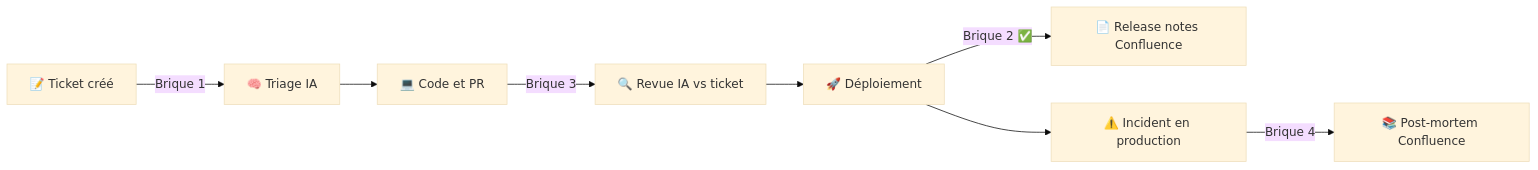
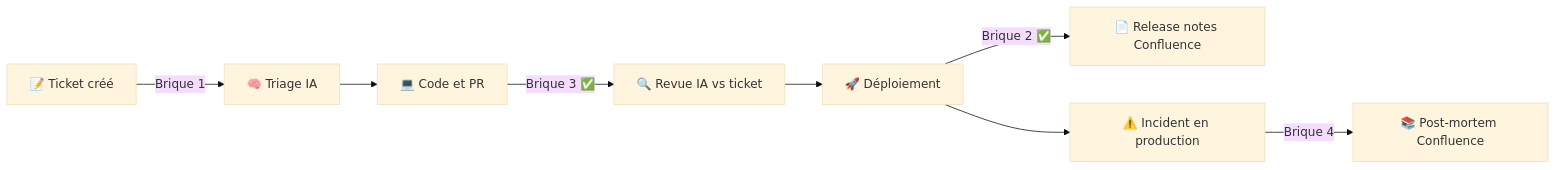
The diagram in README.md (mbahnis/POC-AI-Atlassian), drawn with Mermaid (base theme) before and after one commit. The commit also changed other lines of this file and 4 other files, not shown here.

````diff
--- a/README.md
+++ b/README.md
@@ -39,10 +39,10 @@
 ```mermaid
 flowchart LR
     A[📝 Ticket créé] -->|Brique 1| B[🧠 Triage IA]
     B --> C[💻 Code et PR]
-    C -->|Brique 3| D[🔍 Revue IA vs ticket]
+    C -->|Brique 3 ✅| D[🔍 Revue IA vs ticket]
     D --> E[🚀 Déploiement]
     E -->|Brique 2 ✅| F[📄 Release notes Confluence]
     E --> G[⚠️ Incident en production]
     G -->|Brique 4| H[📚 Post-mortem Confluence]
 ```
````
